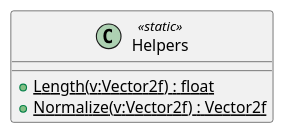
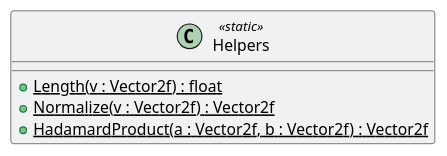
The diagram in plantuml/Helpers.puml (Ruby1405/PaceInvaders), drawn with PlantUML before and after one commit. The commit also changed 15 other files, not shown here.

Commit message:
updated class diagram

```diff
--- a/plantuml/Helpers.puml
+++ b/plantuml/Helpers.puml
@@ -1,6 +1,7 @@
 @startuml
 class Helpers <<static>> {
-    + {static} Length(v:Vector2f) : float
-    + {static} Normalize(v:Vector2f) : Vector2f
+    + {static} Length(v : Vector2f) : float
+    + {static} Normalize(v : Vector2f) : Vector2f
+    + {static} HadamardProduct(a : Vector2f, b : Vector2f) : Vector2f
 }
 @enduml
```
